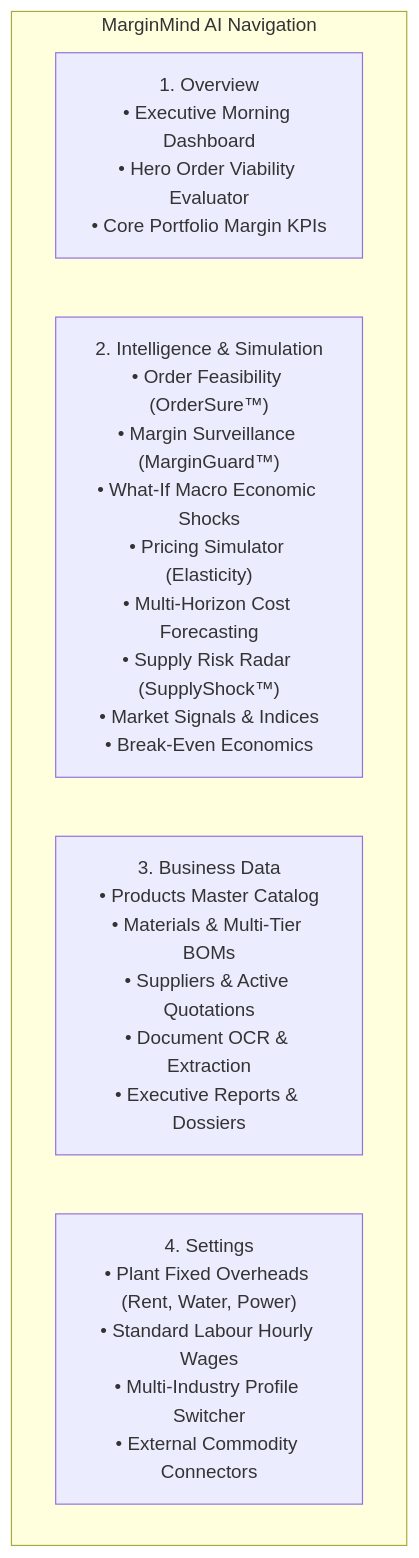
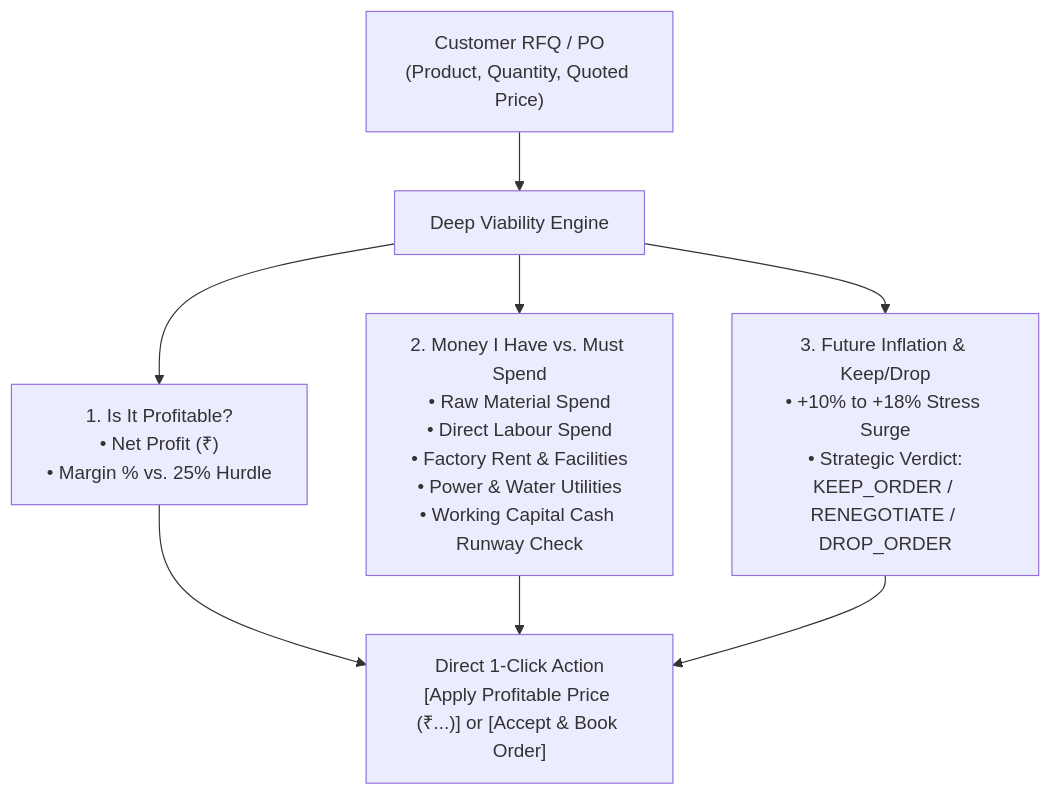
Before and after one commit to bhatsindhu08-max/marginmind-ai: the second of 2 diagrams in README.md, drawn with Mermaid. The commit also changed other lines of this file and 1 other file, not shown here.

````diff
--- a/README.md
+++ b/README.md
@@ -33,9 +70,8 @@
 ```mermaid
 flowchart TD
-    subgraph Platform["MarginMind AI Navigation"]
-        W1["1. Overview<br/>• Executive Morning Dashboard<br/>• Hero Order Viability Evaluator<br/>• Core Portfolio Margin KPIs"]
-        W2["2. Intelligence & Simulation<br/>• Order Feasibility (OrderSure™)<br/>• Margin Surveillance (MarginGuard™)<br/>• What-If Macro Economic Shocks<br/>• Pricing Simulator (Elasticity)<br/>• Multi-Horizon Cost Forecasting<br/>• Supply Risk Radar (SupplyShock™)<br/>• Market Signals & Indices<br/>• Break-Even Economics"]
-        W3["3. Business Data<br/>• Products Master Catalog<br/>• Materials & Multi-Tier BOMs<br/>• Suppliers & Active Quotations<br/>• Document OCR & Extraction<br/>• Executive Reports & Dossiers"]
-        W4["4. Settings<br/>• Plant Fixed Overheads (Rent, Water, Power)<br/>• Standard Labour Hourly Wages<br/>• Multi-Industry Profile Switcher<br/>• External Commodity Connectors"]
-    end
+    RFQ["Customer RFQ / PO<br/>(Product, Quantity, Quoted Price)"] --> Engine["Deep Viability Engine"]
+    Engine --> Q1["1. Is It Profitable?<br/>• Net Profit (₹)<br/>• Margin % vs. 25% Hurdle"]
+    Engine --> Q2["2. Money I Have vs. Must Spend<br/>• Raw Material Spend<br/>• Direct Labour Spend<br/>• Factory Rent & Facilities<br/>• Power & Water Utilities<br/>• Working Capital Cash Runway Check"]
+    Engine --> Q3["3. Future Inflation & Keep/Drop<br/>• +10% to +18% Stress Surge<br/>• Strategic Verdict:<br/>KEEP_ORDER / RENEGOTIATE / DROP_ORDER"]
+    Q1 & Q2 & Q3 --> Action["Direct 1-Click Action<br/>[Apply Profitable Price (₹...)] or [Accept & Book Order]"]
 ```
````
